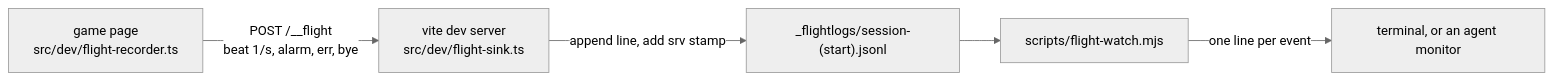
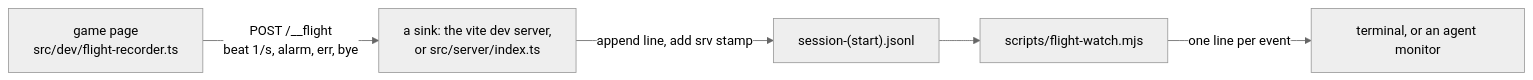
Before and after one commit to MrBisonte/crow-archer: the first of 4 diagrams in docs/playbooks/monitored-playtest.md, drawn with Mermaid (neutral theme). The commit also changed other lines of this file and 16 other files, not shown here.

````diff
--- a/docs/playbooks/monitored-playtest.md
+++ b/docs/playbooks/monitored-playtest.md
@@ -26,7 +29,7 @@
 ```mermaid
 flowchart LR
-  page["game page<br/>src/dev/flight-recorder.ts"] -->|"POST /__flight<br/>beat 1/s, alarm, err, bye"| sink["vite dev server<br/>src/dev/flight-sink.ts"]
-  sink -->|"append line, add srv stamp"| log["_flightlogs/session-(start).jsonl"]
+  page["game page<br/>src/dev/flight-recorder.ts"] -->|"POST /__flight<br/>beat 1/s, alarm, err, bye"| sink["a sink: the vite dev server,<br/>or src/server/index.ts"]
+  sink -->|"append line, add srv stamp"| log["session-(start).jsonl"]
   log --> watch["scripts/flight-watch.mjs"]
   watch -->|"one line per event"| reader["terminal, or an agent monitor"]
 ```
````
